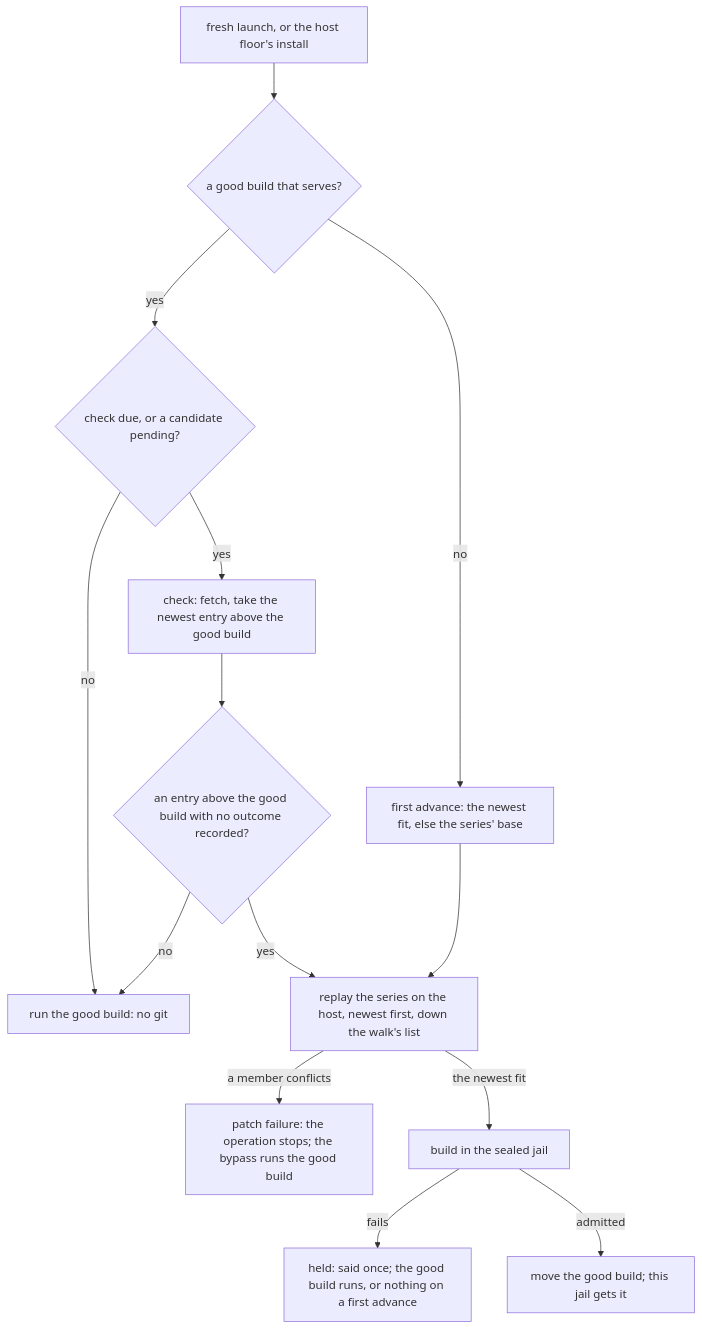
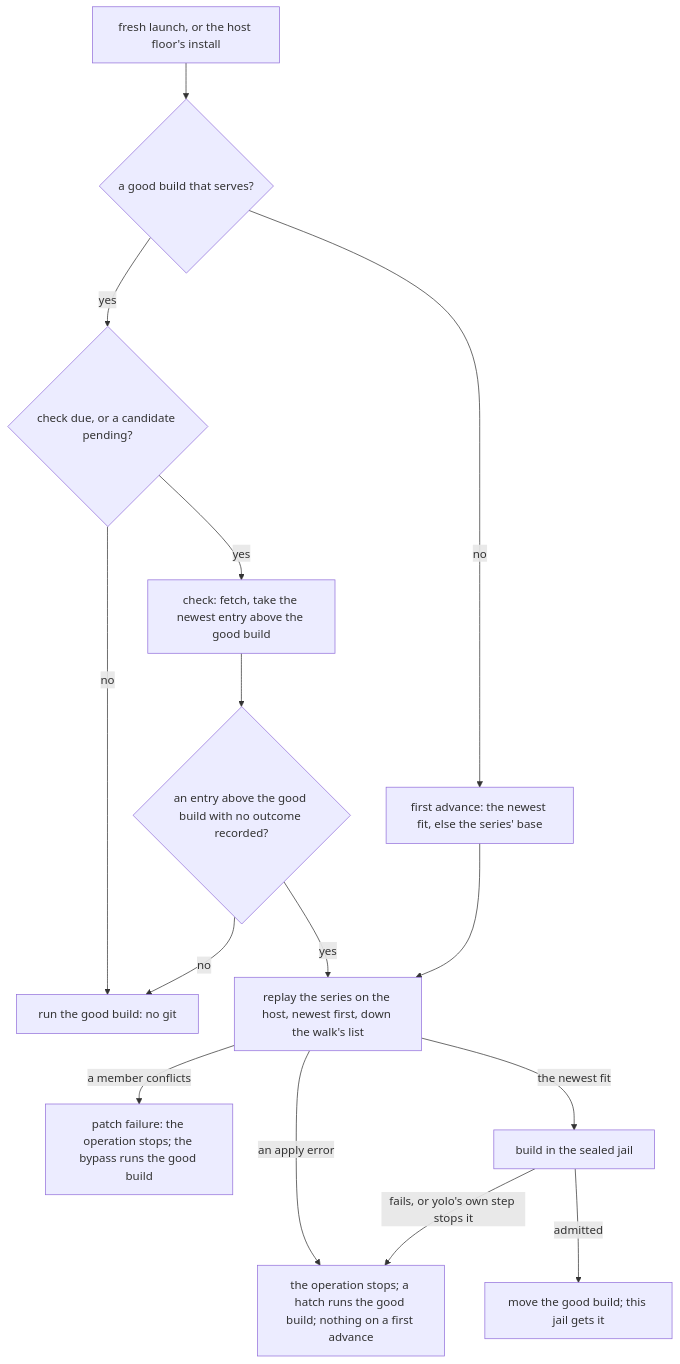
The diagram in docs/reference/patched-forks.md (kurt-hs/yolo-jail), drawn with Mermaid before and after one commit. The commit also changed other lines of this file and 2 other files, not shown here.

First line of the commit message:
docs(patched): yolo's own build steps stop the act (PD-NF1); PF-D21 and PF-D45 superseded

````diff
--- a/docs/reference/patched-forks.md
+++ b/docs/reference/patched-forks.md
@@ -680,16 +691,17 @@
 ```mermaid
 flowchart TD
   act["fresh launch, or the host floor's install"] --> good{"a good build that serves?"}
   good -- "no" --> first["first advance: the newest fit, else the series' base"]
   good -- "yes" --> due{"check due, or a candidate pending?"}
   due -- "no" --> serve["run the good build: no git"]
   due -- "yes" --> check["check: fetch, take the newest entry above the good build"]
   check --> diff{"an entry above the good build with no outcome recorded?"}
   diff -- "no" --> serve
   diff -- "yes" --> replay["replay the series on the host, newest first, down the walk's list"]
   first --> replay
   replay -- "a member conflicts" --> stop["patch failure: the operation stops; the bypass runs the good build"]
+  replay -- "an apply error" --> stopped
   replay -- "the newest fit" --> build["build in the sealed jail"]
-  build -- "fails" --> held["held: said once; the good build runs, or nothing on a first advance"]
+  build -- "fails, or yolo's own step stops it" --> stopped["the operation stops; a hatch runs the good build; nothing on a first advance"]
   build -- "admitted" --> move["move the good build; this jail gets it"]
 ```
````
